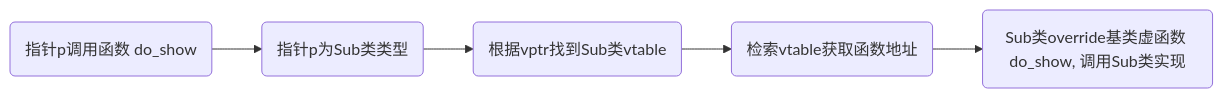
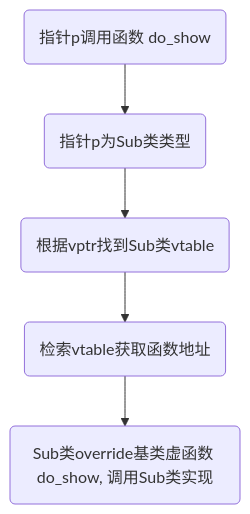
Before and after one commit to dmjcb/dmjcb.github.io: the ninth of 9 diagrams in _posts/c_c++/c++/OOP/2024-11-01-面向对象.md, drawn with Mermaid. The commit also changed other lines of this file and 114 other files, not shown here.

````diff
--- a/_posts/c_c++/c++/OOP/2024-11-01-面向对象.md
+++ b/_posts/c_c++/c++/OOP/2024-11-01-面向对象.md
@@ -1162,4 +1170,4 @@
 ```mermaid
-graph LR;
+graph TD;
     X(指针p调用函数 do_show)-->A(指针p为Sub类类型)-->B(根据vptr找到Sub类vtable)-->C(检索vtable获取函数地址)-->D(Sub类override基类虚函数 do_show, 调用Sub类实现)
 ```
````
